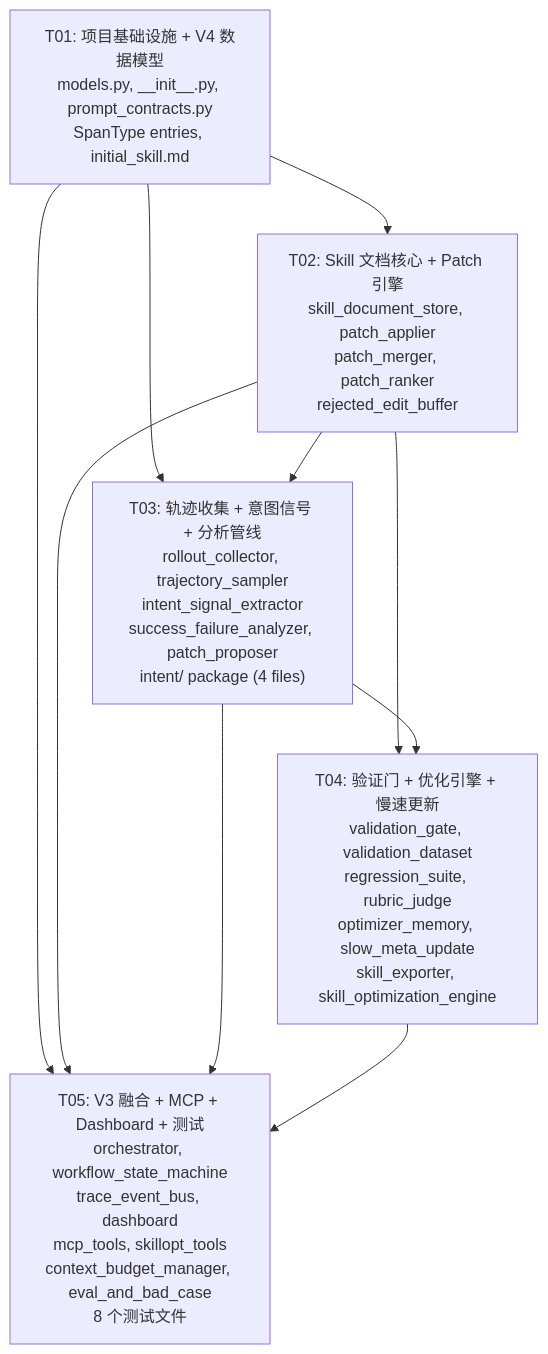
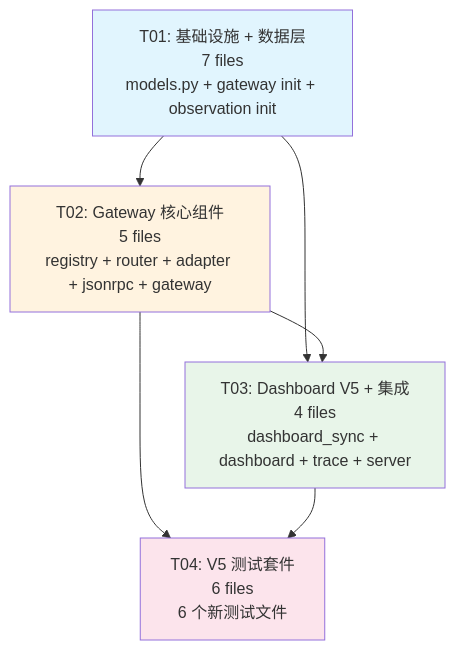
The diagram in docs/system_design.md (liuanye9-lab/OS-agent-slim), drawn with Mermaid before and after one commit. The commit also changed other lines of this file and 25 other files, not shown here.

````diff
--- a/docs/system_design.md
+++ b/docs/system_design.md
@@ -801,18 +416,18 @@
 ```mermaid
 graph TD
-    T01["T01: 项目基础设施 + V4 数据模型<br/>models.py, __init__.py, prompt_contracts.py<br/>SpanType entries, initial_skill.md"]
-    T02["T02: Skill 文档核心 + Patch 引擎<br/>skill_document_store, patch_applier<br/>patch_merger, patch_ranker<br/>rejected_edit_buffer"]
-    T03["T03: 轨迹收集 + 意图信号 + 分析管线<br/>rollout_collector, trajectory_sampler<br/>intent_signal_extractor<br/>success_failure_analyzer, patch_proposer<br/>intent/ package (4 files)"]
-    T04["T04: 验证门 + 优化引擎 + 慢速更新<br/>validation_gate, validation_dataset<br/>regression_suite, rubric_judge<br/>optimizer_memory, slow_meta_update<br/>skill_exporter, skill_optimization_engine"]
-    T05["T05: V3 融合 + MCP + Dashboard + 测试<br/>orchestrator, workflow_state_machine<br/>trace_event_bus, dashboard<br/>mcp_tools, skillopt_tools<br/>context_budget_manager, eval_and_bad_case<br/>8 个测试文件"]
+    T01["T01: 基础设施 + 数据层<br/>7 files<br/>models.py + gateway init + observation init"]
+    T02["T02: Gateway 核心组件<br/>5 files<br/>registry + router + adapter + jsonrpc + gateway"]
+    T03["T03: Dashboard V5 + 集成<br/>4 files<br/>dashboard_sync + dashboard + trace + server"]
+    T04["T04: V5 测试套件<br/>6 files<br/>6 个新测试文件"]
 
     T01 --> T02
     T01 --> T03
     T02 --> T03
     T02 --> T04
     T03 --> T04
-    T01 --> T05
-    T02 --> T05
-    T03 --> T05
-    T04 --> T05
+
+    style T01 fill:#e1f5fe
+    style T02 fill:#fff3e0
+    style T03 fill:#e8f5e9
+    style T04 fill:#fce4ec
 ```
````
